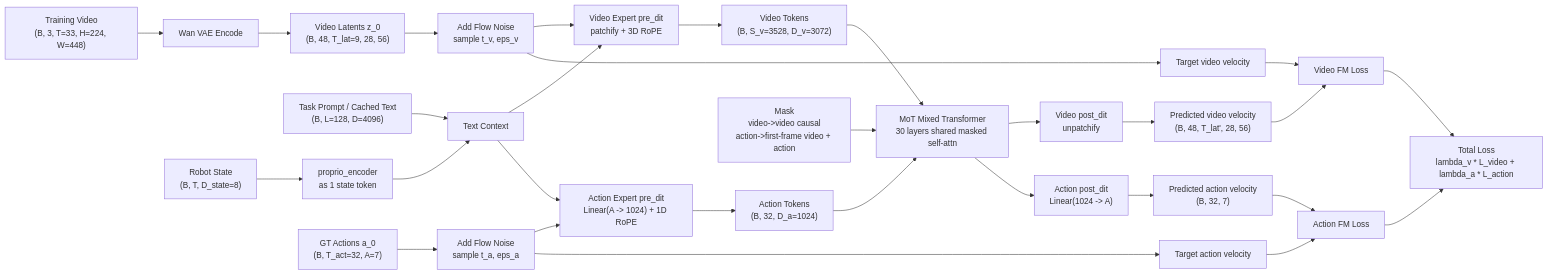
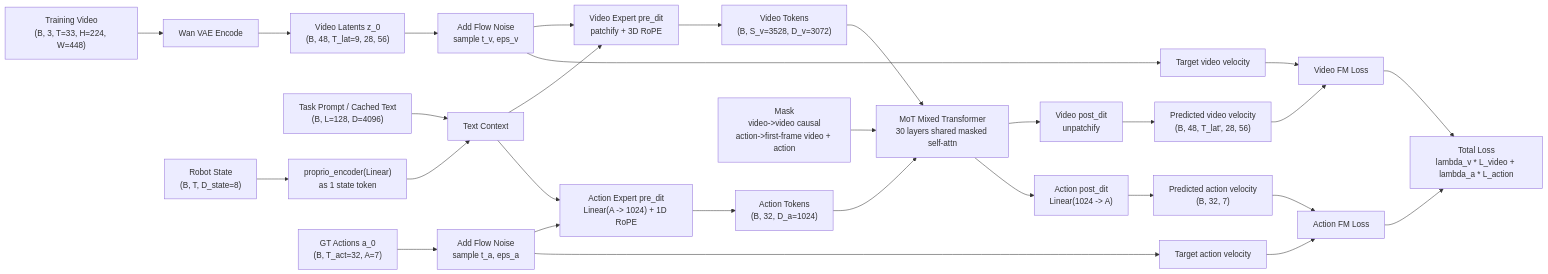
Before and after one commit to julyfun/how-to: the first of 3 diagrams in papers/papers-batch-1.md, drawn with Mermaid. The commit also changed other lines of this file, not shown here.

````diff
--- a/papers/papers-batch-1.md
+++ b/papers/papers-batch-1.md
@@ -26,36 +33,36 @@
 ```mermaid
 flowchart LR
     video["Training Video<br/>(B, 3, T=33, H=224, W=448)"] --> vae["Wan VAE Encode"]
     vae --> z0["Video Latents z_0<br/>(B, 48, T_lat=9, 28, 56)"]
     z0 --> zv["Add Flow Noise<br/>sample t_v, eps_v"]
     zv --> vpre["Video Expert pre_dit<br/>patchify + 3D RoPE"]
 
     prompt["Task Prompt / Cached Text<br/>(B, L=128, D=4096)"] --> ctx["Text Context"]
-    state["Robot State<br/>(B, T, D_state=8)"] --> prop["proprio_encoder<br/>as 1 state token"]
+    state["Robot State<br/>(B, T, D_state=8)"] --> prop["proprio_encoder(Linear)<br/>as 1 state token"]
     prop --> ctx
     ctx --> vpre
 
     action["GT Actions a_0<br/>(B, T_act=32, A=7)"] --> za["Add Flow Noise<br/>sample t_a, eps_a"]
     za --> apre["Action Expert pre_dit<br/>Linear(A -> 1024) + 1D RoPE"]
     ctx --> apre
 
     vpre --> vt["Video Tokens<br/>(B, S_v=3528, D_v=3072)"]
     apre --> at["Action Tokens<br/>(B, 32, D_a=1024)"]
     vt --> mot["MoT Mixed Transformer<br/>30 layers shared masked self-attn"]
     at --> mot
     mask["Mask<br/>video->video causal<br/>action->first-frame video + action"] --> mot
 
     mot --> vpost["Video post_dit<br/>unpatchify"]
     mot --> apost["Action post_dit<br/>Linear(1024 -> A)"]
     vpost --> pv["Predicted video velocity<br/>(B, 48, T_lat', 28, 56)"]
     apost --> pa["Predicted action velocity<br/>(B, 32, 7)"]
 
     zv --> vtgt["Target video velocity"]
     za --> atgt["Target action velocity"]
     pv --> vloss["Video FM Loss"]
     vtgt --> vloss
     pa --> aloss["Action FM Loss"]
     atgt --> aloss
     vloss --> total["Total Loss<br/>lambda_v * L_video + lambda_a * L_action"]
     aloss --> total
 ```
````
